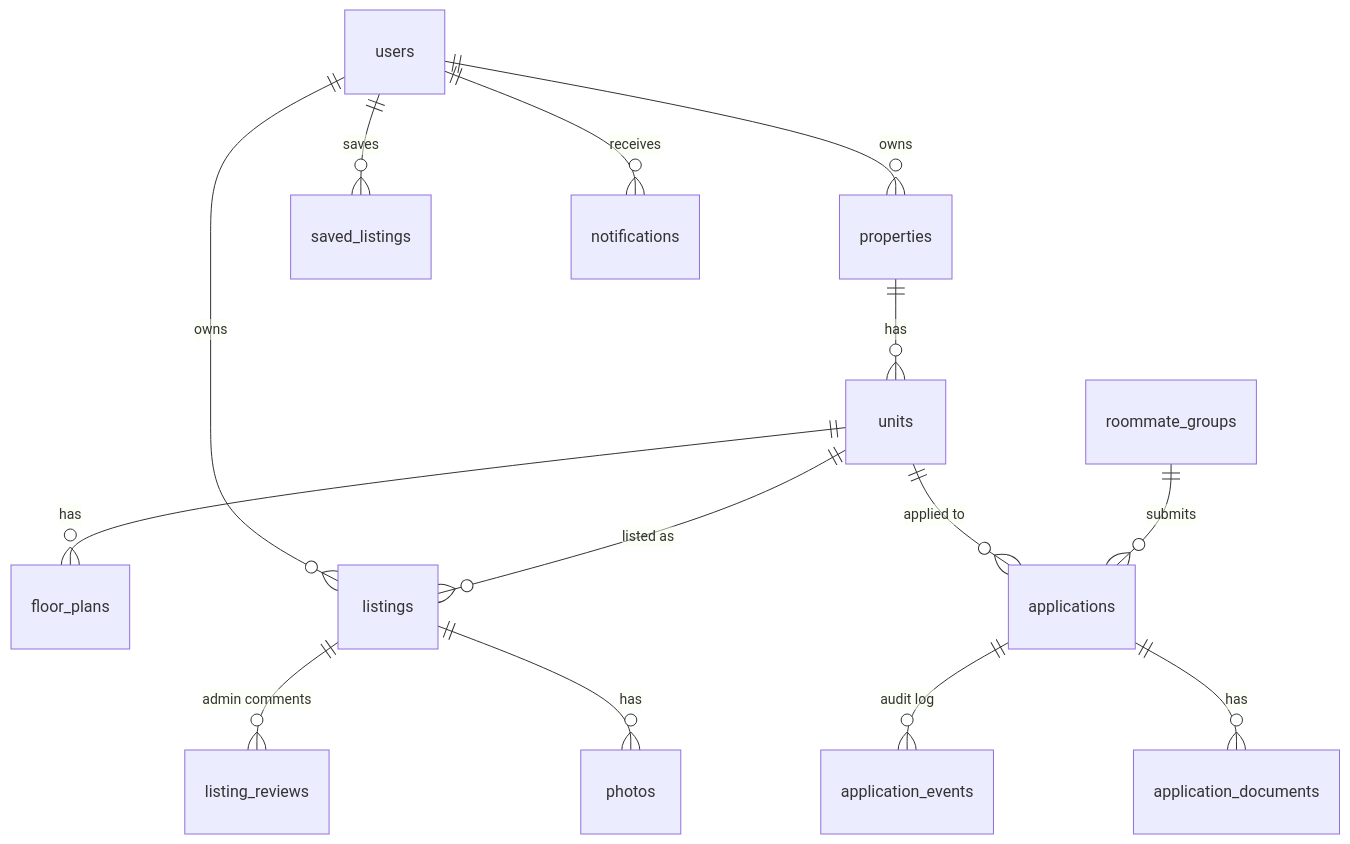
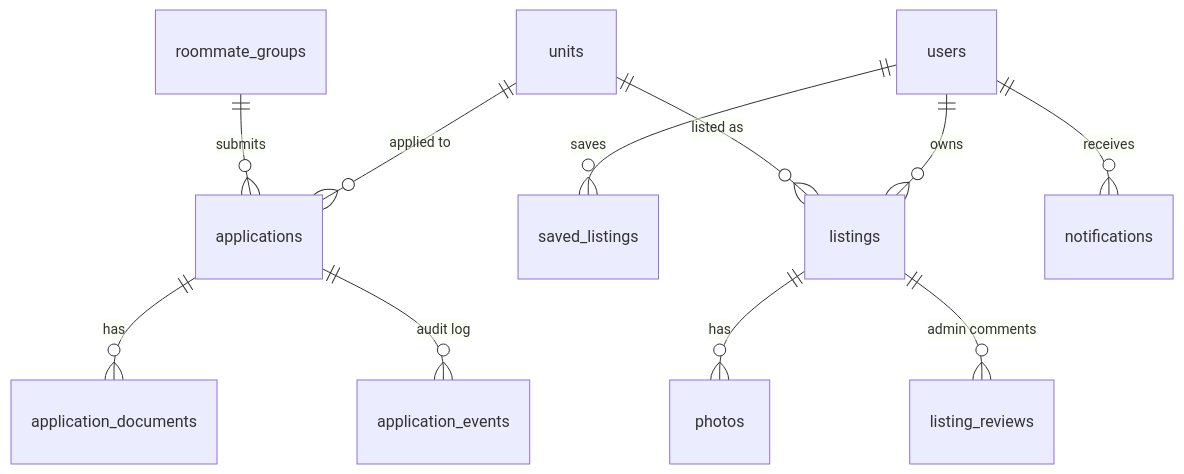
One commit to henryxoliveira/stable changed the eighth of 8 diagrams in README.md. Above: the diagram before and after it, drawn with Mermaid. The commit also changed other lines of this file and 17 other files, not shown here.

First line of the commit message:
Add properties, units, and floor plans for landlords (A2)

````diff
--- a/README.md
+++ b/README.md
@@ -433,16 +469,13 @@
 ```mermaid
 erDiagram
-    users ||--o{ properties : owns
-    properties ||--o{ units : has
-    units ||--o{ floor_plans : has
     units ||--o{ listings : "listed as"
     users ||--o{ listings : owns
     listings ||--o{ listing_reviews : "admin comments"
     listings ||--o{ photos : has
     users ||--o{ saved_listings : saves
     roommate_groups ||--o{ applications : submits
     units ||--o{ applications : "applied to"
     applications ||--o{ application_events : "audit log"
     applications ||--o{ application_documents : has
     users ||--o{ notifications : receives
 ```
````
